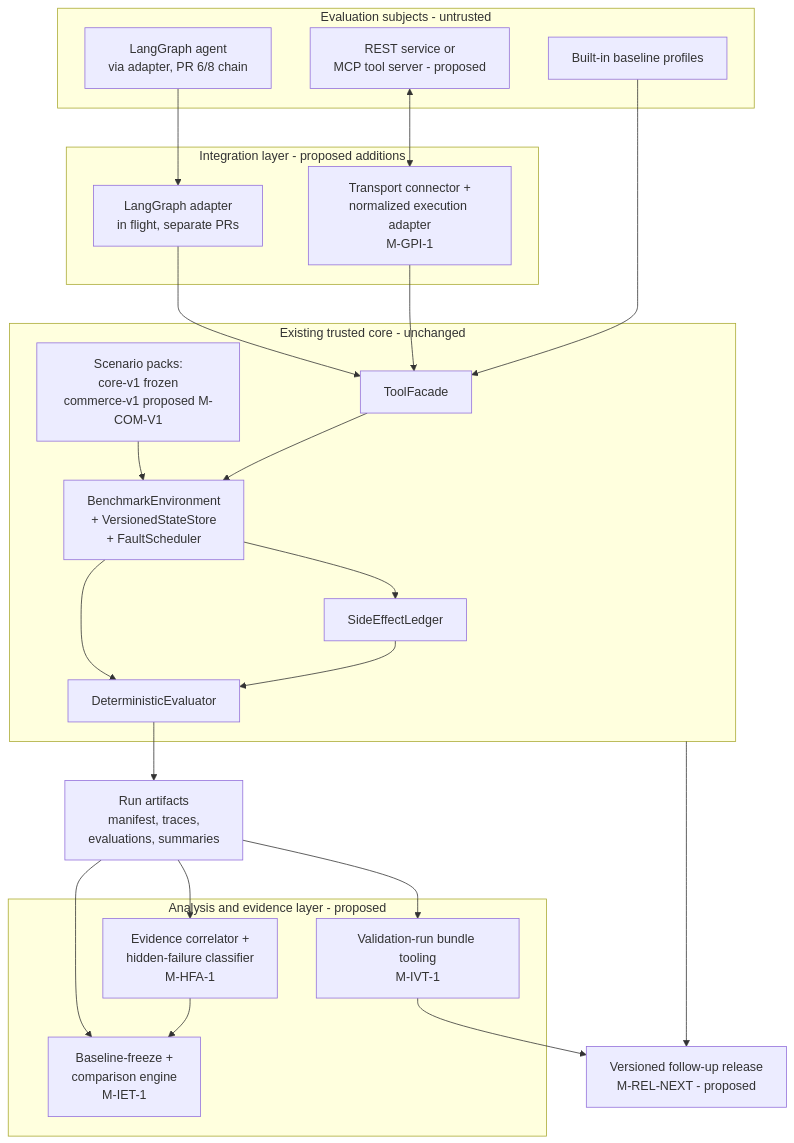
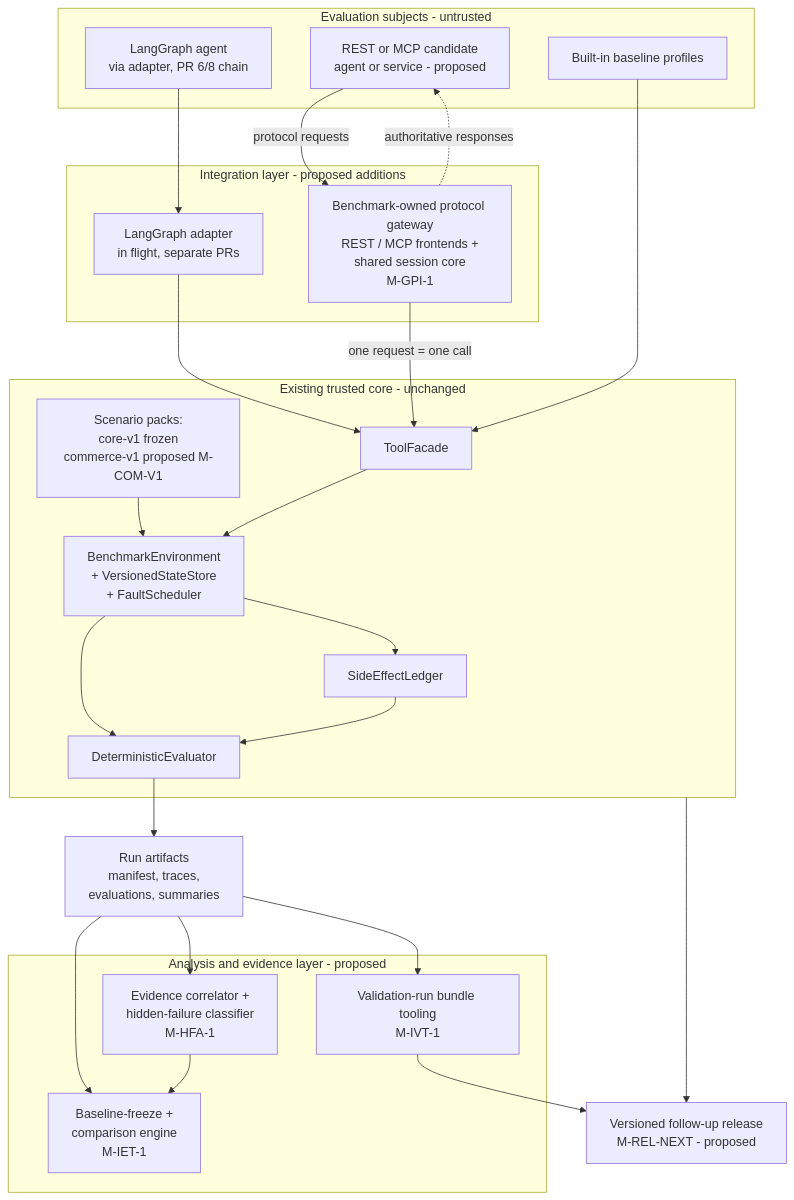
One commit to Harimay23/cav-bench changed the diagram in docs/diagrams/future-system-architecture.md. Above: the diagram before and after it, drawn with Mermaid. The commit also changed other lines of this file and 12 other files, not shown here.

````diff
--- a/docs/diagrams/future-system-architecture.md
+++ b/docs/diagrams/future-system-architecture.md
@@ -19,46 +19,47 @@
 ```mermaid
 flowchart TB
     subgraph subjects [Evaluation subjects - untrusted]
         LG[LangGraph agent<br/>via adapter, PR 6/8 chain]
-        RS[REST service or<br/>MCP tool server - proposed]
+        RS[REST or MCP candidate<br/>agent or service - proposed]
         BP[Built-in baseline profiles]
     end
 
     subgraph integration [Integration layer - proposed additions]
         LGA[LangGraph adapter<br/>in flight, separate PRs]
-        GPI[Transport connector +<br/>normalized execution adapter<br/>M-GPI-1]
+        GPI[Benchmark-owned protocol gateway<br/>REST / MCP frontends +<br/>shared session core<br/>M-GPI-1]
     end
 
     subgraph core [Existing trusted core - unchanged]
         TF[ToolFacade]
         BE[BenchmarkEnvironment<br/>+ VersionedStateStore<br/>+ FaultScheduler]
         LED[SideEffectLedger]
         EV[DeterministicEvaluator]
         PACKS[Scenario packs:<br/>core-v1 frozen<br/>commerce-v1 proposed M-COM-V1]
     end
 
     subgraph analysis [Analysis and evidence layer - proposed]
         IVT[Validation-run bundle tooling<br/>M-IVT-1]
         HFA[Evidence correlator +<br/>hidden-failure classifier<br/>M-HFA-1]
         IET[Baseline-freeze +<br/>comparison engine<br/>M-IET-1]
     end
 
     REL[Versioned follow-up release<br/>M-REL-NEXT - proposed]
 
     LG --> LGA --> TF
-    RS <--> GPI
-    GPI --> TF
+    RS -->|protocol requests| GPI
+    GPI -->|one request = one call| TF
+    GPI -.->|authoritative responses| RS
     BP --> TF
     PACKS --> BE
     TF --> BE
     BE --> LED
     BE --> EV
     LED --> EV
     EV --> ART[Run artifacts<br/>manifest, traces,<br/>evaluations, summaries]
     ART --> IVT
     ART --> HFA
     ART --> IET
     IVT --> REL
     HFA --> IET
     core --> REL
 ```
````
